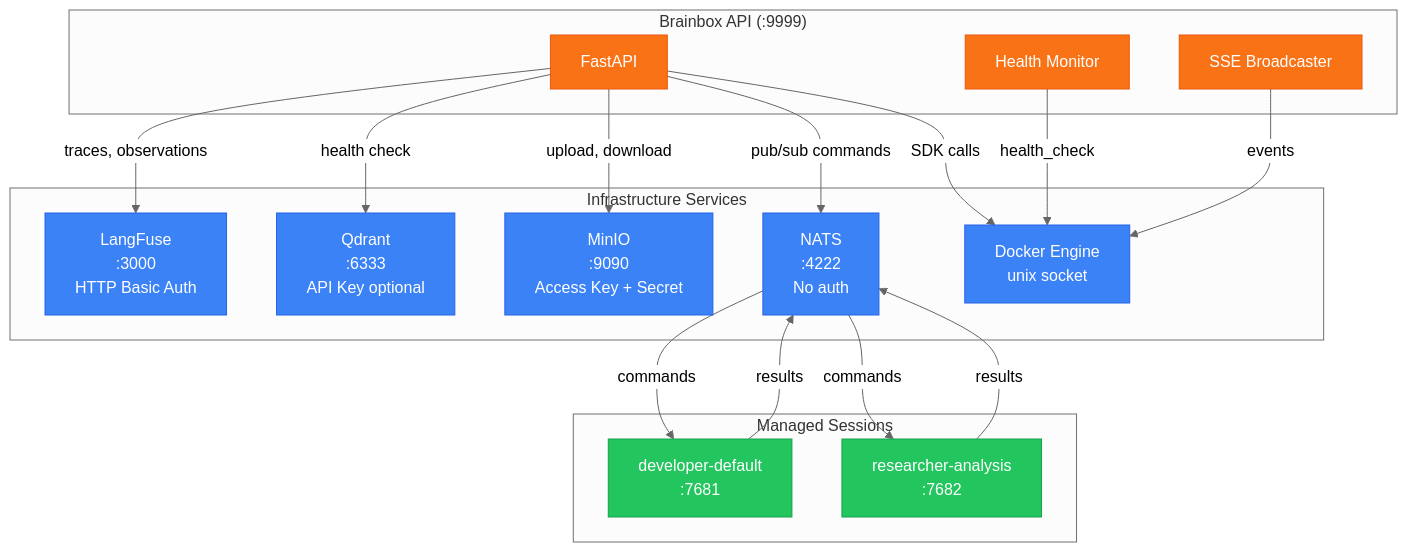
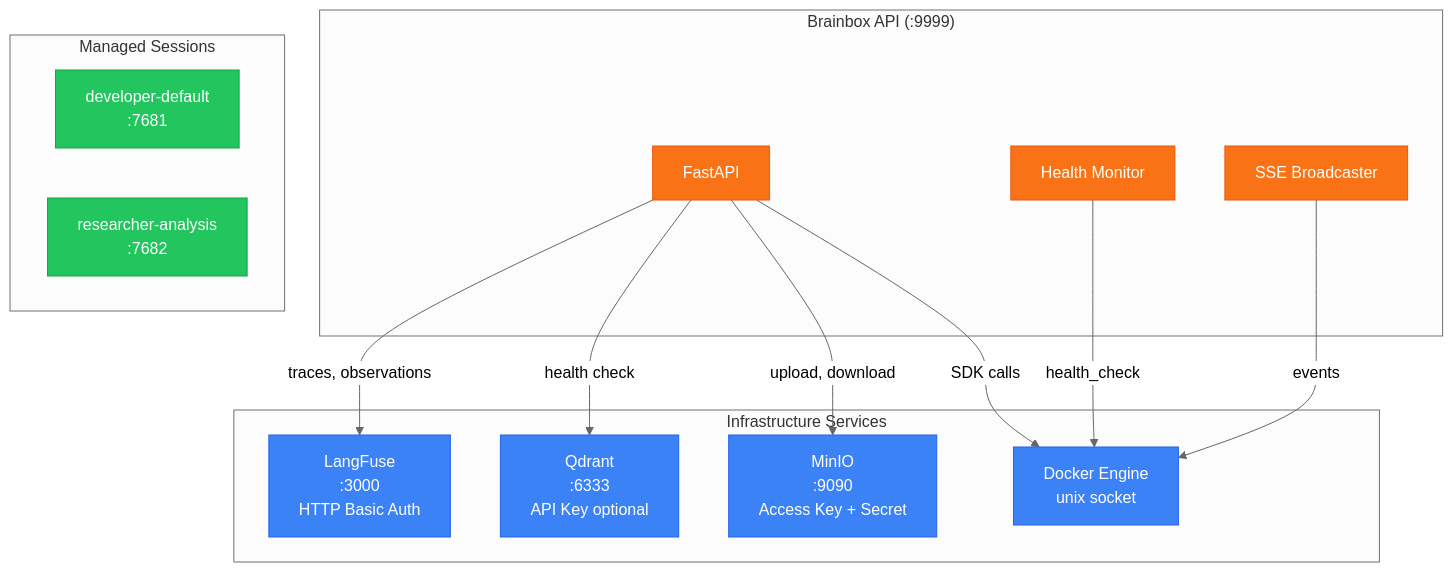
One commit to neverprepared/ink-bunny changed the first of 5 diagrams in docs/brainbox/observability.md. Above: the diagram before and after it, drawn with Mermaid (neutral theme). The commit also changed other lines of this file and 10 other files, not shown here.

````diff
--- a/docs/brainbox/observability.md
+++ b/docs/brainbox/observability.md
@@ -7,39 +7,35 @@
 ```mermaid
 graph TB
     subgraph Brainbox["Brainbox API (:9999)"]
         API[FastAPI]
         SSE[SSE Broadcaster]
         Monitor[Health Monitor]
     end
 
     subgraph Services["Infrastructure Services"]
         LF[LangFuse<br/>:3000<br/>HTTP Basic Auth]
         QD[Qdrant<br/>:6333<br/>API Key optional]
         MN[MinIO<br/>:9090<br/>Access Key + Secret]
-        NATS[NATS<br/>:4222<br/>No auth]
         Docker[Docker Engine<br/>unix socket]
     end
 
     subgraph Containers["Managed Sessions"]
         C1[developer-default<br/>:7681]
         C2[researcher-analysis<br/>:7682]
     end
 
     API -->|traces, observations| LF
     API -->|health check| QD
     API -->|upload, download| MN
-    API -->|pub/sub commands| NATS
     API -->|SDK calls| Docker
     Monitor -->|health_check| Docker
     SSE -->|events| Docker
-    NATS -->|commands| C1 & C2
-    C1 & C2 -->|results| NATS
 
     classDef bbStyle fill:#f97316,stroke:#ea580c,color:#fff
     classDef svcStyle fill:#3b82f6,stroke:#2563eb,color:#fff
     classDef ctrStyle fill:#22c55e,stroke:#16a34a,color:#fff
 
     class API,SSE,Monitor bbStyle
-    class LF,QD,MN,NATS,Docker svcStyle
+    class LF,QD,MN,Docker svcStyle
     class C1,C2 ctrStyle
 ```
````
